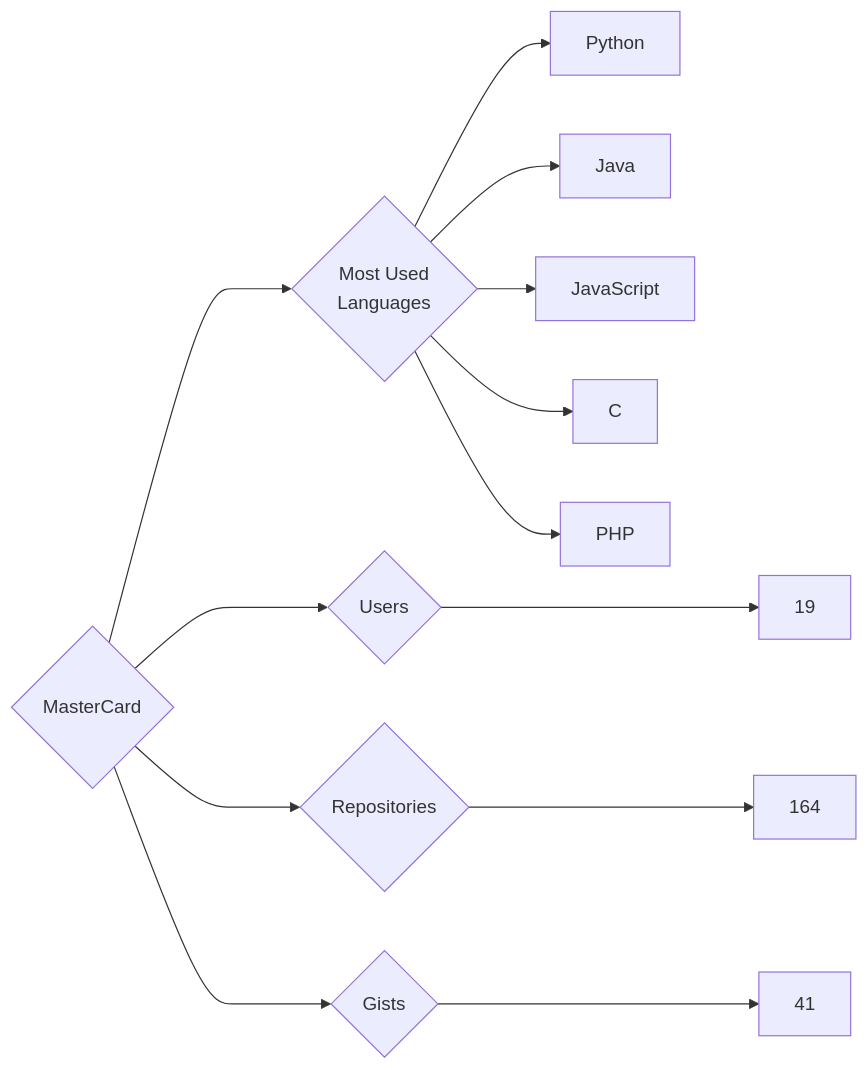
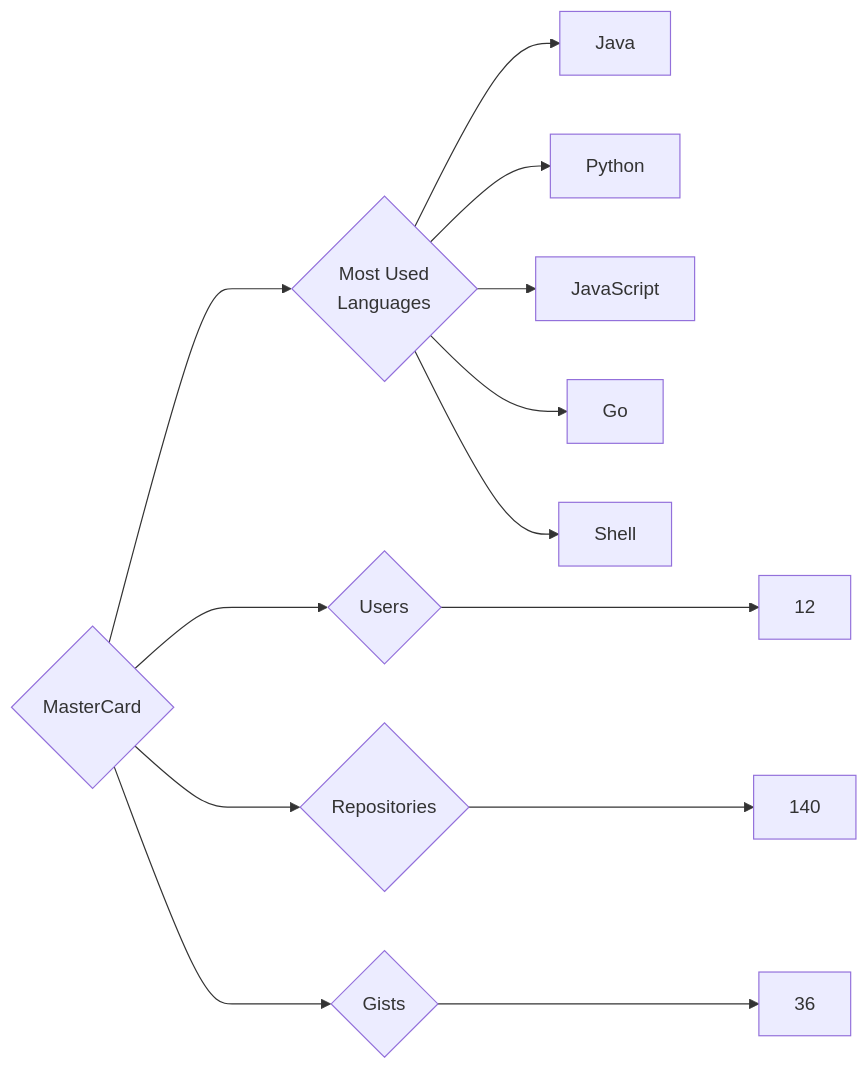
The diagram in targets/MasterCard/README.md (trickest/insiders), drawn with Mermaid before and after one commit. The commit also changed 976 other files, not shown here.

````diff
--- a/targets/MasterCard/README.md
+++ b/targets/MasterCard/README.md
@@ -3,13 +3,13 @@
 ```mermaid
 graph LR
 COMPANY_NAME{MasterCard}
-COMPANY_NAME ---> U{Users} ---> UN[19]
-COMPANY_NAME ---> R{Repositories} ---> RN[164]
-COMPANY_NAME ---> G{Gists} ---> GN[41]
+COMPANY_NAME ---> U{Users} ---> UN[12]
+COMPANY_NAME ---> R{Repositories} ---> RN[140]
+COMPANY_NAME ---> G{Gists} ---> GN[36]
 COMPANY_NAME ---> ML{Most Used<br>Languages}
+ML --> Java[Java]
 ML --> Python[Python]
-ML --> Java[Java]
 ML --> JavaScript[JavaScript]
-ML --> C[C]
-ML --> PHP[PHP]
+ML --> Go[Go]
+ML --> Shell[Shell]
 ```
````
